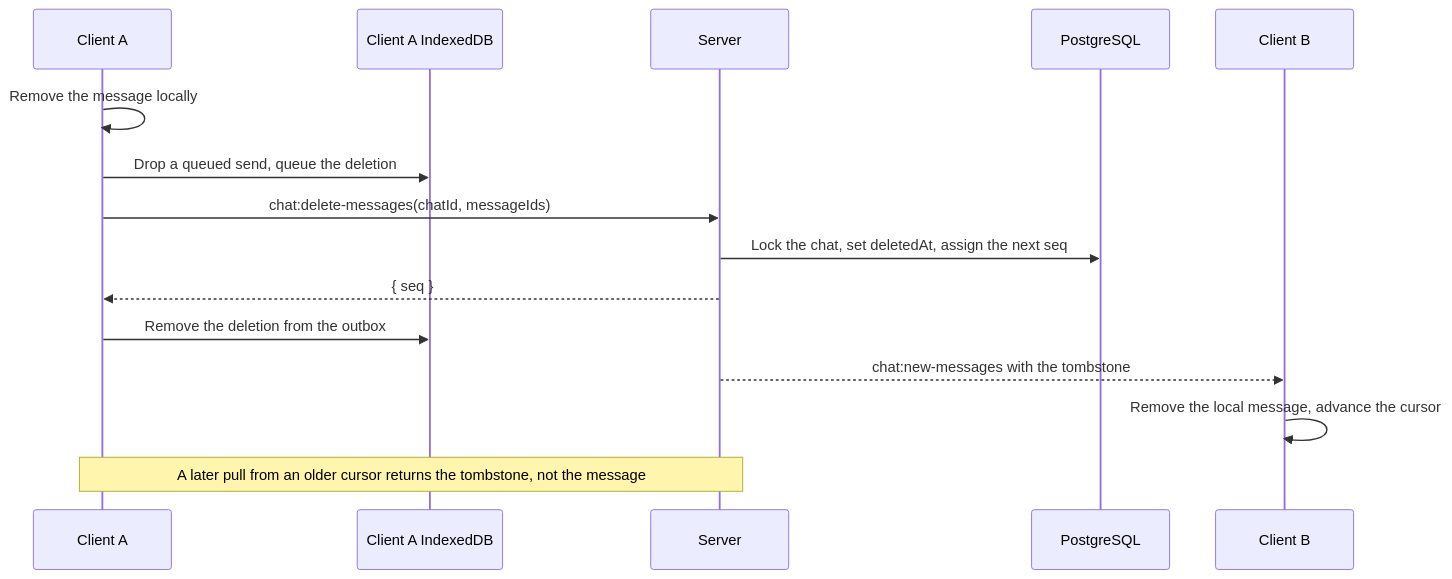
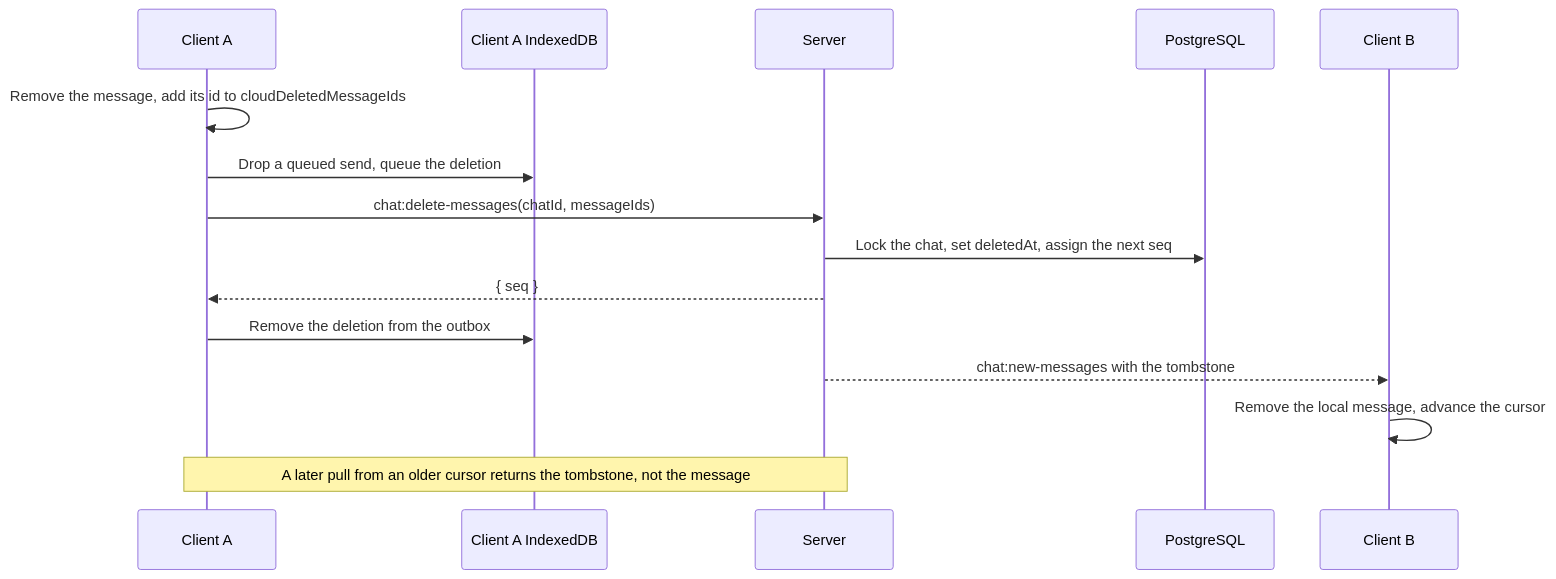
Before and after one commit to moeru-ai/airi: the second of 2 diagrams in server/docs/ai/adr/2026-09-28-chat-message-deletion-sync.md, drawn with Mermaid. The commit also changed other lines of this file and 5 other files, not shown here.

````diff
--- a/server/docs/ai/adr/2026-09-28-chat-message-deletion-sync.md
+++ b/server/docs/ai/adr/2026-09-28-chat-message-deletion-sync.md
@@ -105,17 +127,17 @@
 ```mermaid
 sequenceDiagram
   participant A as Client A
   participant IDB as Client A IndexedDB
   participant Server
   participant DB as PostgreSQL
   participant B as Client B
-  A->>A: Remove the message locally
+  A->>A: Remove the message, add its id to cloudDeletedMessageIds
   A->>IDB: Drop a queued send, queue the deletion
   A->>Server: chat:delete-messages(chatId, messageIds)
   Server->>DB: Lock the chat, set deletedAt, assign the next seq
   Server-->>A: { seq }
   A->>IDB: Remove the deletion from the outbox
   Server-->>B: chat:new-messages with the tombstone
   B->>B: Remove the local message, advance the cursor
   Note over A,Server: A later pull from an older cursor returns the tombstone, not the message
 ```
````
